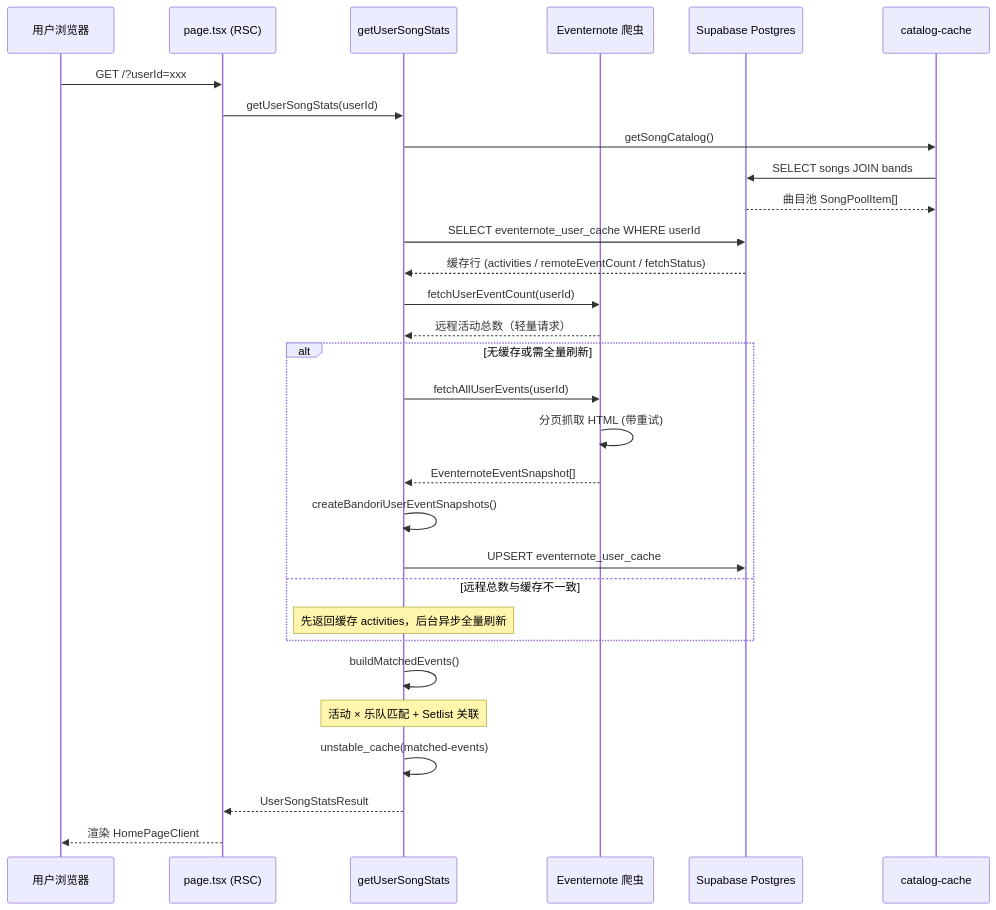
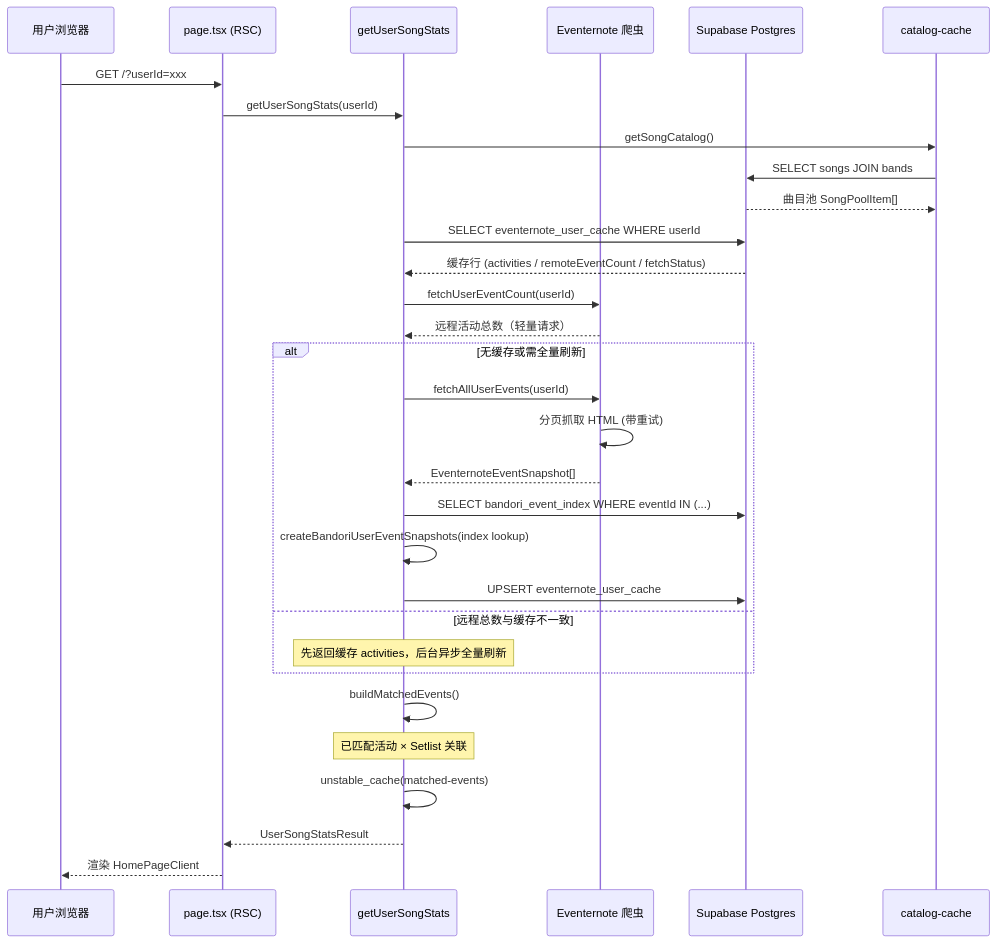
The second of 5 diagrams in ARCHITECTURE.md (calcxx/bandori-live-songs), drawn with Mermaid before and after one commit. The commit also changed other lines of this file and 33 other files, not shown here.

First line of the commit message:
feat: sync eventId index matching, admin list, and setlist edit

````diff
--- a/ARCHITECTURE.md
+++ b/ARCHITECTURE.md
@@ -89,35 +89,36 @@
 ```mermaid
 sequenceDiagram
     participant U as 用户浏览器
     participant P as page.tsx (RSC)
     participant S as getUserSongStats
     participant EN as Eventernote 爬虫
     participant DB as Supabase Postgres
     participant C as catalog-cache
 
     U->>P: GET /?userId=xxx
     P->>S: getUserSongStats(userId)
     S->>C: getSongCatalog()
     C->>DB: SELECT songs JOIN bands
     DB-->>C: 曲目池 SongPoolItem[]
     S->>DB: SELECT eventernote_user_cache WHERE userId
     DB-->>S: 缓存行 (activities / remoteEventCount / fetchStatus)
     S->>EN: fetchUserEventCount(userId)
     EN-->>S: 远程活动总数（轻量请求）
 
     alt 无缓存或需全量刷新
         S->>EN: fetchAllUserEvents(userId)
         EN->>EN: 分页抓取 HTML (带重试)
         EN-->>S: EventernoteEventSnapshot[]
-        S->>S: createBandoriUserEventSnapshots()
+        S->>DB: SELECT bandori_event_index WHERE eventId IN (...)
+        S->>S: createBandoriUserEventSnapshots(index lookup)
         S->>DB: UPSERT eventernote_user_cache
     else 远程总数与缓存不一致
         Note over S: 先返回缓存 activities，后台异步全量刷新
     end
 
     S->>S: buildMatchedEvents()
-    Note over S: 活动 × 乐队匹配 + Setlist 关联
+    Note over S: 已匹配活动 × Setlist 关联
     S->>S: unstable_cache(matched-events)
     S-->>P: UserSongStatsResult
     P-->>U: 渲染 HomePageClient
 ```
````
